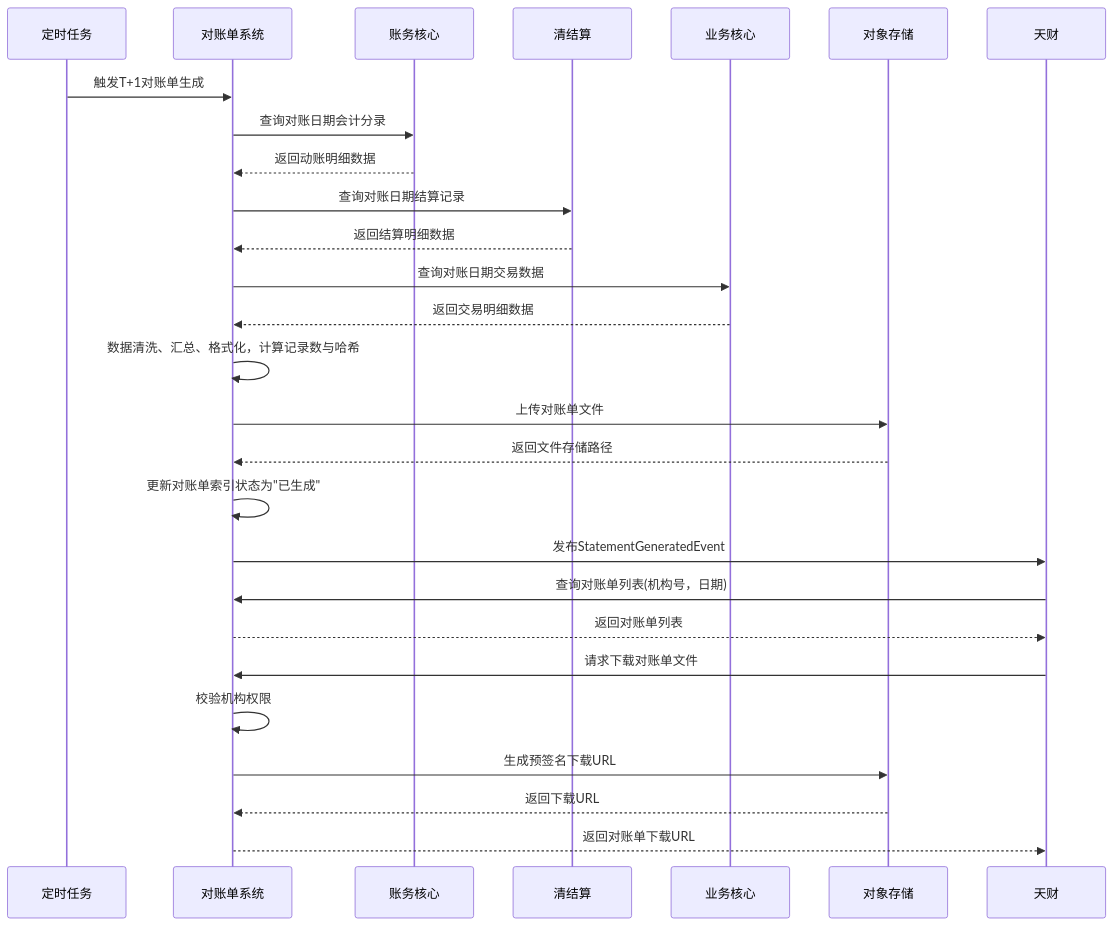
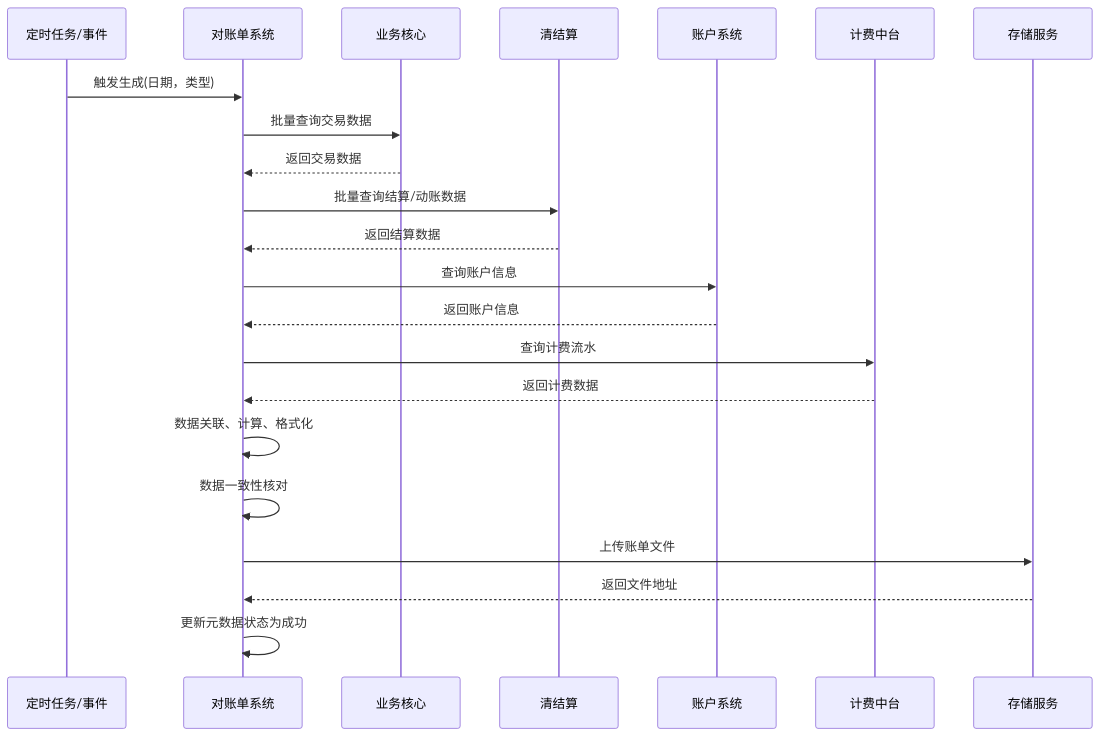
The first of 2 diagrams in data/天财分账需求/gpt-5.2/workspace/02_modules/module_对账单系统.md (youzi211/AiCoding), drawn with Mermaid before and after one commit. The commit also changed other lines of this file and 41 other files, not shown here.

````diff
--- a/data/天财分账需求/gpt-5.2/workspace/02_modules/module_对账单系统.md
+++ b/data/天财分账需求/gpt-5.2/workspace/02_modules/module_对账单系统.md
@@ -128,31 +47,25 @@
 ```mermaid
 sequenceDiagram
-    participant 定时任务 as 定时任务
-    participant 对账单系统 as 对账单系统
-    participant 账务核心 as 账务核心
-    participant 清结算 as 清结算
-    participant 业务核心 as 业务核心
-    participant 对象存储 as 对象存储
-    participant 天财 as 天财
+    participant Scheduler as 定时任务/事件
+    participant Statement as 对账单系统
+    participant BizCore as 业务核心
+    participant Clearing as 清结算
+    participant Account as 账户系统
+    participant Billing as 计费中台
+    participant Storage as 存储服务
 
-    定时任务->>对账单系统: 触发T+1对账单生成
-    对账单系统->>账务核心: 查询对账日期会计分录
-    账务核心-->>对账单系统: 返回动账明细数据
-    对账单系统->>清结算: 查询对账日期结算记录
-    清结算-->>对账单系统: 返回结算明细数据
-    对账单系统->>业务核心: 查询对账日期交易数据
-    业务核心-->>对账单系统: 返回交易明细数据
-    对账单系统->>对账单系统: 数据清洗、汇总、格式化，计算记录数与哈希
-    对账单系统->>对象存储: 上传对账单文件
-    对象存储-->>对账单系统: 返回文件存储路径
-    对账单系统->>对账单系统: 更新对账单索引状态为"已生成"
-    对账单系统->>天财: 发布StatementGeneratedEvent
-
-    天财->>对账单系统: 查询对账单列表(机构号，日期)
-    对账单系统-->>天财: 返回对账单列表
-    天财->>对账单系统: 请求下载对账单文件
-    对账单系统->>对账单系统: 校验机构权限
-    对账单系统->>对象存储: 生成预签名下载URL
-    对象存储-->>对账单系统: 返回下载URL
-    对账单系统-->>天财: 返回对账单下载URL
+    Scheduler->>Statement: 触发生成(日期，类型)
+    Statement->>BizCore: 批量查询交易数据
+    BizCore-->>Statement: 返回交易数据
+    Statement->>Clearing: 批量查询结算/动账数据
+    Clearing-->>Statement: 返回结算数据
+    Statement->>Account: 查询账户信息
+    Account-->>Statement: 返回账户信息
+    Statement->>Billing: 查询计费流水
+    Billing-->>Statement: 返回计费数据
+    Statement->>Statement: 数据关联、计算、格式化
+    Statement->>Statement: 数据一致性核对
+    Statement->>Storage: 上传账单文件
+    Storage-->>Statement: 返回文件地址
+    Statement->>Statement: 更新元数据状态为成功
 ```
````
